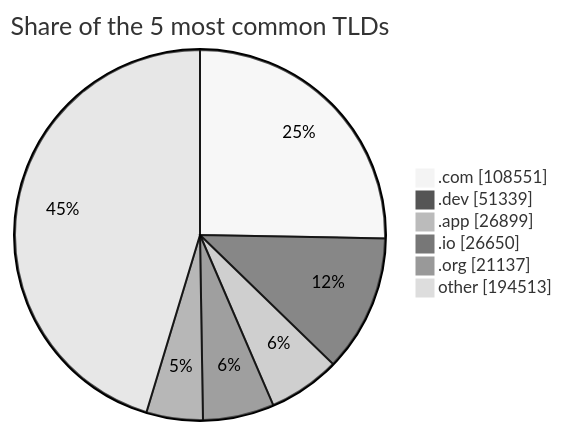
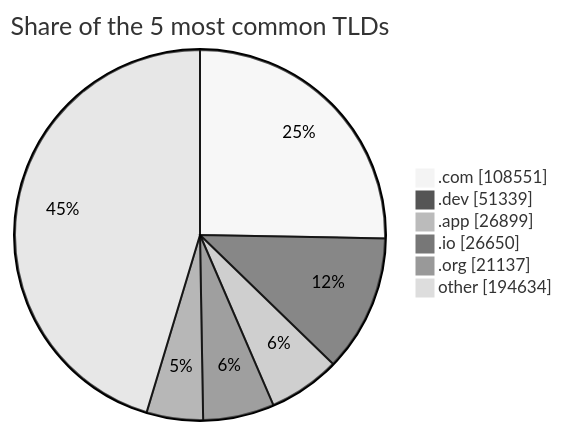
Before and after one commit to DNSBunker/CTI: the third of 3 diagrams in README.md, drawn with Mermaid (neutral theme). The commit also changed other lines of this file and 3 other files, not shown here.

````diff
--- a/README.md
+++ b/README.md
@@ -81,9 +81,9 @@
 ```mermaid
 pie showData title Share of the 5 most common TLDs
     ".com" : 108551
     ".dev" : 51339
     ".app" : 26899
     ".io" : 26650
     ".org" : 21137
-    "other" : 194513
+    "other" : 194634
 ```
````
